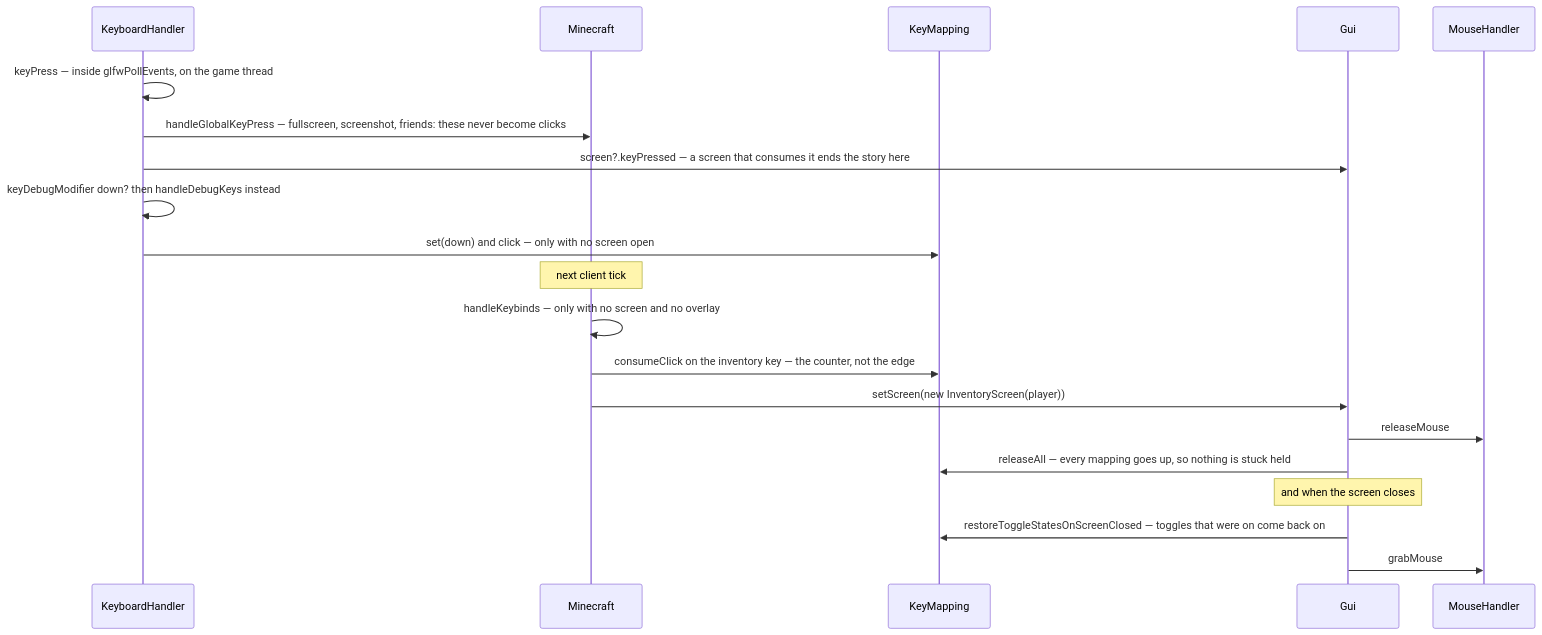
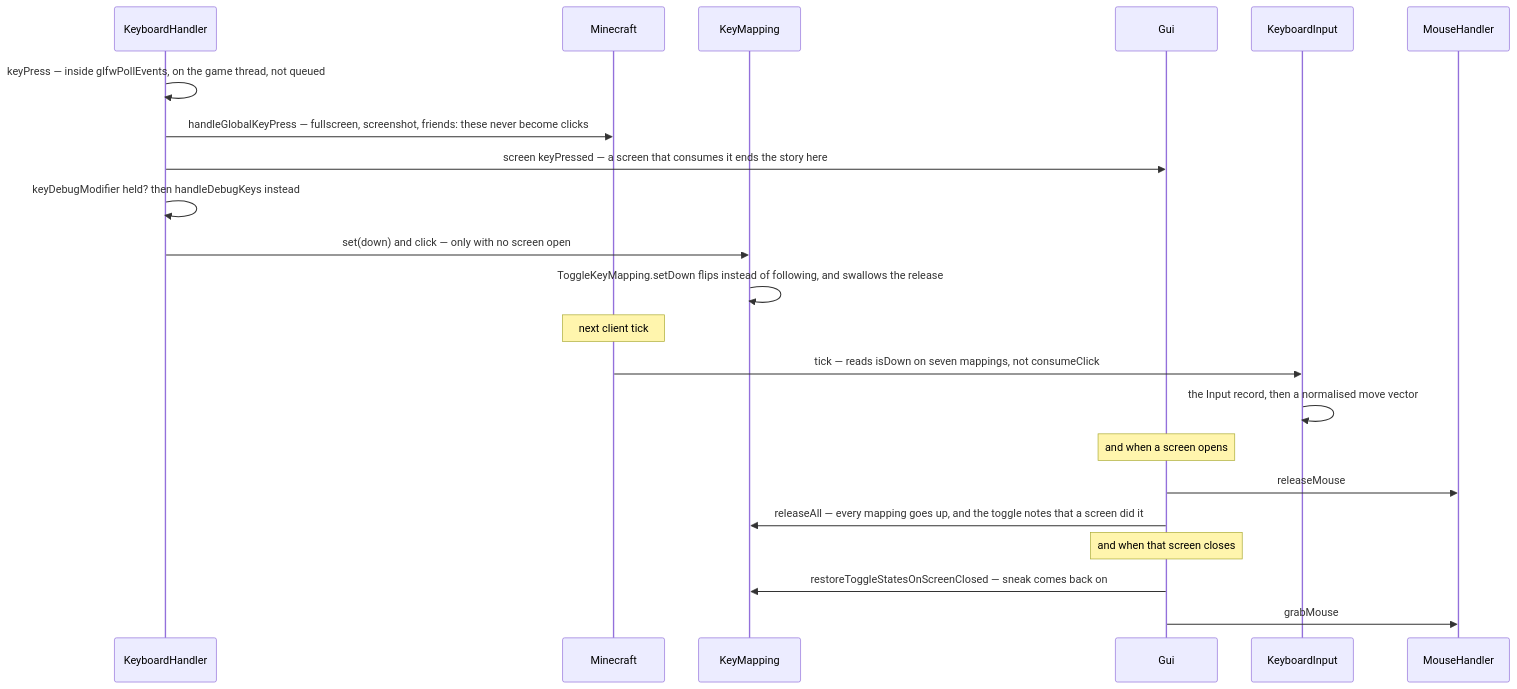
Before and after one commit to AlexanderjFraser/MinecraftDocs: the diagram in src/systems/client/input-and-keybinds.md, drawn with Mermaid. The commit also changed other lines of this file and 27 other files, not shown here.

````diff
--- a/src/systems/client/input-and-keybinds.md
+++ b/src/systems/client/input-and-keybinds.md
@@ -92,23 +40,25 @@
 ```mermaid
 sequenceDiagram
     participant KH as KeyboardHandler
-    participant M as Minecraft
+    participant MC as Minecraft
     participant KM as KeyMapping
-    participant G as Gui
+    participant Gui as Gui
+    participant KI as KeyboardInput
     participant MH as MouseHandler
 
-    KH->>KH: keyPress — inside glfwPollEvents, on the game thread
-    KH->>M: handleGlobalKeyPress — fullscreen, screenshot, friends: these never become clicks
-    KH->>G: screen?.keyPressed — a screen that consumes it ends the story here
-    KH->>KH: keyDebugModifier down? then handleDebugKeys instead
+    KH->>KH: keyPress — inside glfwPollEvents, on the game thread, not queued
+    KH->>MC: handleGlobalKeyPress — fullscreen, screenshot, friends: these never become clicks
+    KH->>Gui: screen keyPressed — a screen that consumes it ends the story here
+    KH->>KH: keyDebugModifier held? then handleDebugKeys instead
     KH->>KM: set(down) and click — only with no screen open
-    Note over M: next client tick
-    M->>M: handleKeybinds — only with no screen and no overlay
-    M->>KM: consumeClick on the inventory key — the counter, not the edge
-    M->>G: setScreen(new InventoryScreen(player))
-    G->>MH: releaseMouse
-    G->>KM: releaseAll — every mapping goes up, so nothing is stuck held
-    Note over G: and when the screen closes
-    G->>KM: restoreToggleStatesOnScreenClosed — toggles that were on come back on
-    G->>MH: grabMouse
+    KM->>KM: ToggleKeyMapping.setDown flips instead of following, and swallows the release
+    Note over MC: next client tick
+    MC->>KI: tick — reads isDown on seven mappings, not consumeClick
+    KI->>KI: the Input record, then a normalised move vector
+    Note over Gui: and when a screen opens
+    Gui->>MH: releaseMouse
+    Gui->>KM: releaseAll — every mapping goes up, and the toggle notes that a screen did it
+    Note over Gui: and when that screen closes
+    Gui->>KM: restoreToggleStatesOnScreenClosed — sneak comes back on
+    Gui->>MH: grabMouse
 ```
````
